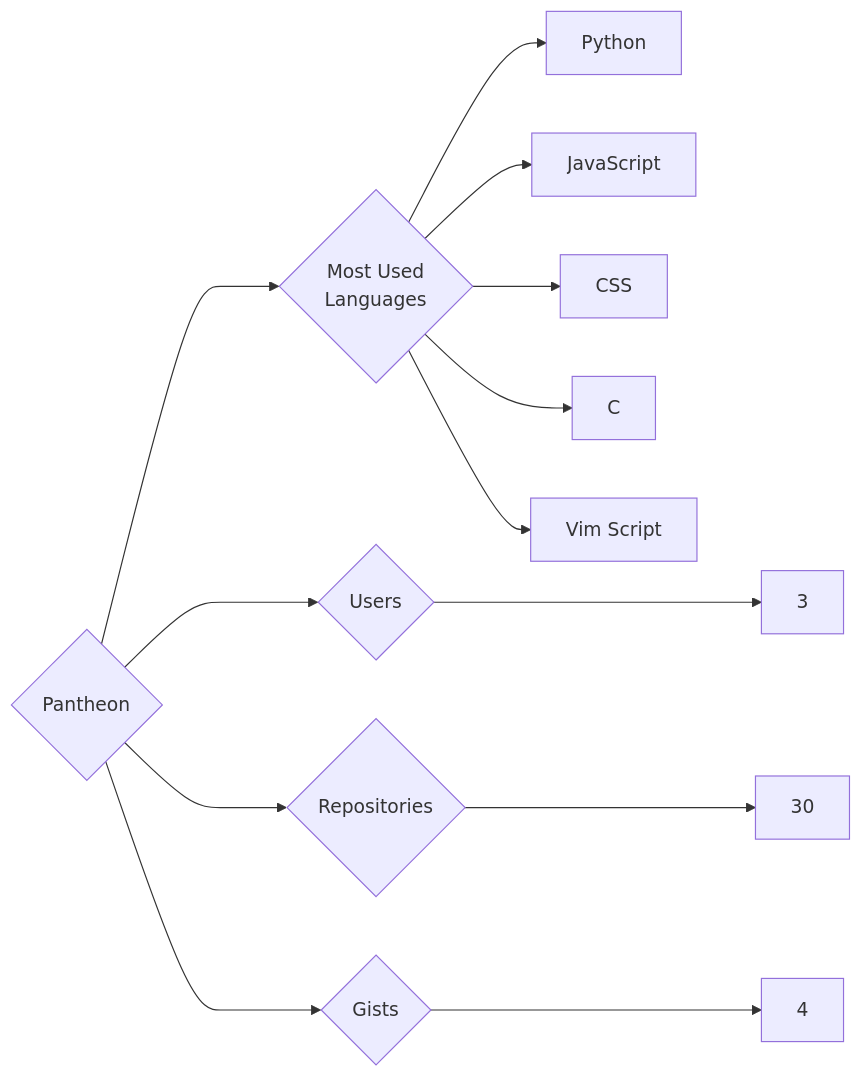
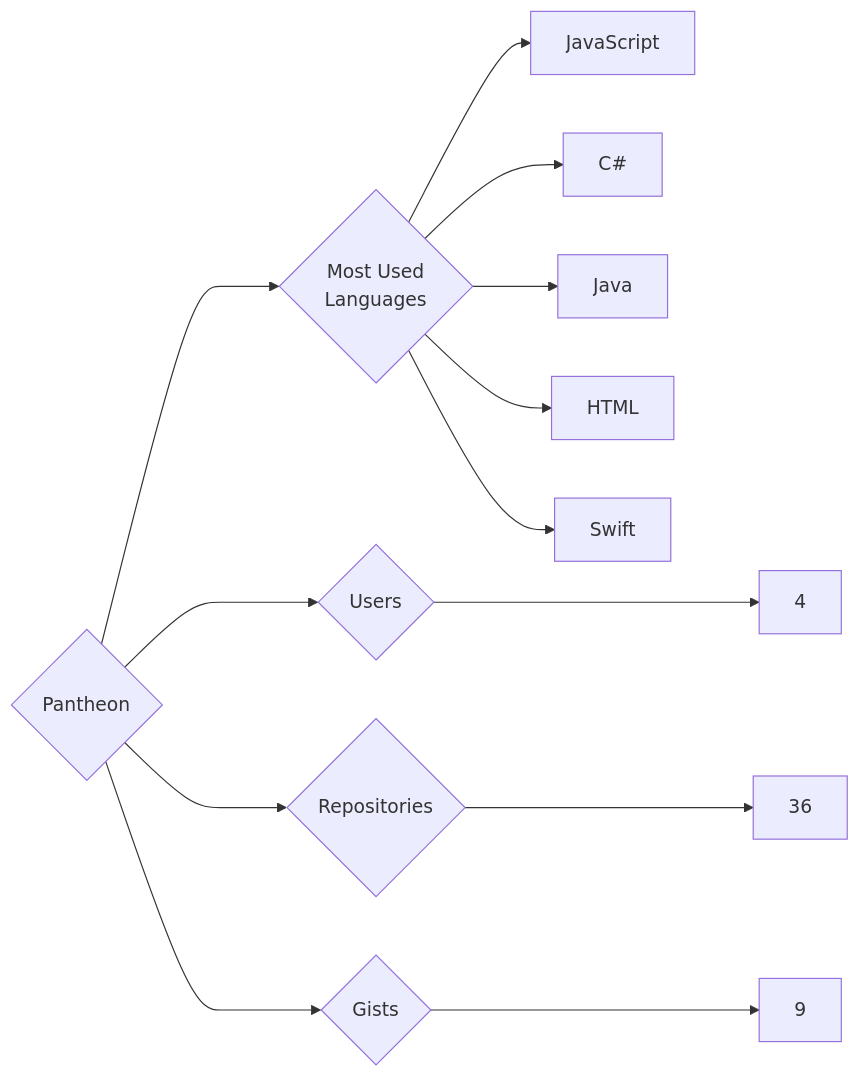
Before and after one commit to trickest/insiders: the diagram in targets/Pantheon/README.md, drawn with Mermaid. The commit also changed 1496 other files, not shown here.

````diff
--- a/targets/Pantheon/README.md
+++ b/targets/Pantheon/README.md
@@ -3,13 +3,13 @@
 ```mermaid
 graph LR
 COMPANY_NAME{Pantheon}
-COMPANY_NAME ---> U{Users} ---> UN[3]
-COMPANY_NAME ---> R{Repositories} ---> RN[30]
-COMPANY_NAME ---> G{Gists} ---> GN[4]
+COMPANY_NAME ---> U{Users} ---> UN[4]
+COMPANY_NAME ---> R{Repositories} ---> RN[36]
+COMPANY_NAME ---> G{Gists} ---> GN[9]
 COMPANY_NAME ---> ML{Most Used<br>Languages}
-ML --> Python[Python]
 ML --> JavaScript[JavaScript]
-ML --> CSS[CSS]
-ML --> C[C]
-ML --> Vim_Script[Vim Script]
+ML --> C#[C#]
+ML --> Java[Java]
+ML --> HTML[HTML]
+ML --> Swift[Swift]
 ```
````
